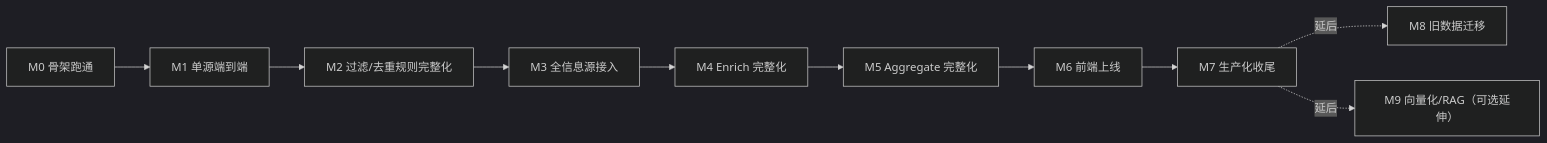
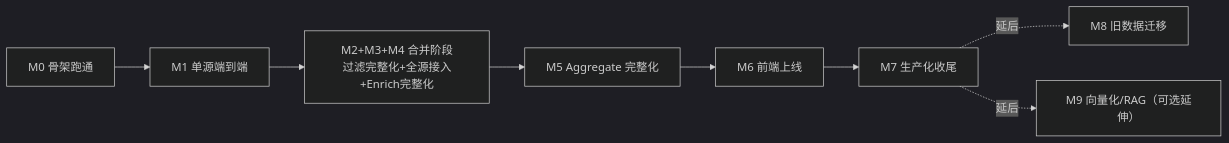
One commit to SkyJourney/ainews-project changed the second of 2 diagrams in docs/04-roadmap.md. Above: the diagram before and after it, drawn with Mermaid (dark theme). The commit also changed other lines of this file and 21 other files, not shown here.

````diff
--- a/docs/04-roadmap.md
+++ b/docs/04-roadmap.md
@@ -169,12 +169,10 @@
 ```mermaid
 flowchart LR
     M0[M0 骨架跑通] --> M1[M1 单源端到端]
-    M1 --> M2[M2 过滤/去重规则完整化]
-    M2 --> M3[M3 全信息源接入]
-    M3 --> M4[M4 Enrich 完整化]
-    M4 --> M5[M5 Aggregate 完整化]
+    M1 --> M234["M2+M3+M4 合并阶段<br/>过滤完整化+全源接入+Enrich完整化"]
+    M234 --> M5[M5 Aggregate 完整化]
     M5 --> M6[M6 前端上线]
     M6 --> M7[M7 生产化收尾]
     M7 -.延后.-> M8[M8 旧数据迁移]
     M7 -.延后.-> M9["M9 向量化/RAG（可选延伸）"]
 ```
````
